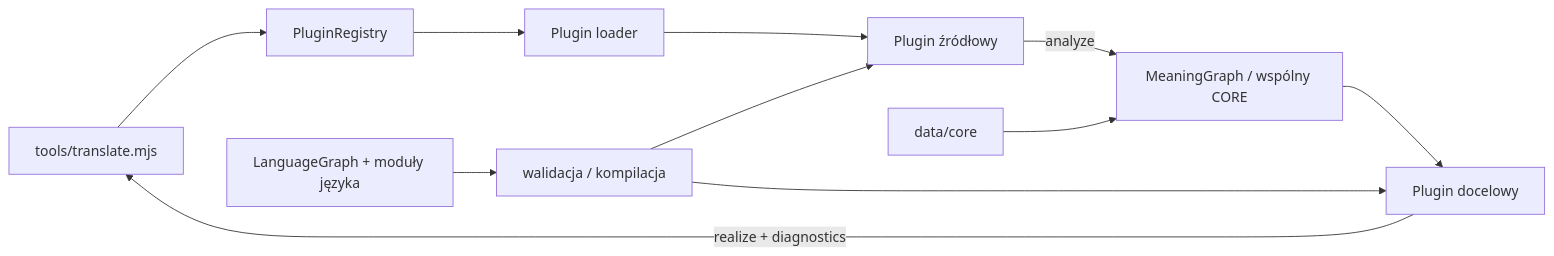
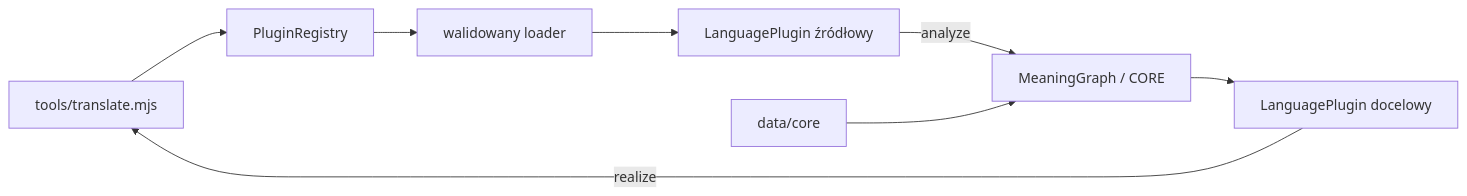
Before and after one commit to clickbytes/flexLingua: the diagram in docs/architecture.md, drawn with Mermaid. The commit also changed other lines of this file and 61 other files, not shown here.

Commit message:
Rewrite docs for CLI-only plugin runtime (#258)

````diff
--- a/docs/architecture.md
+++ b/docs/architecture.md
@@ -5,13 +5,10 @@
 ```mermaid
 flowchart LR
   CLI[tools/translate.mjs] --> R[PluginRegistry]
-  R --> L[Plugin loader]
-  L --> S[Plugin źródłowy]
-  S -->|analyze| M[MeaningGraph / wspólny CORE]
-  M --> T[Plugin docelowy]
-  T -->|realize + diagnostics| CLI
-  G[LanguageGraph + moduły języka] --> C[walidacja / kompilacja]
-  C --> S
-  C --> T
+  R --> L[walidowany loader]
+  L --> S[LanguagePlugin źródłowy]
+  S -->|analyze| M[MeaningGraph / CORE]
+  M --> T[LanguagePlugin docelowy]
+  T -->|realize| CLI
   CORE[data/core] --> M
 ```
````
